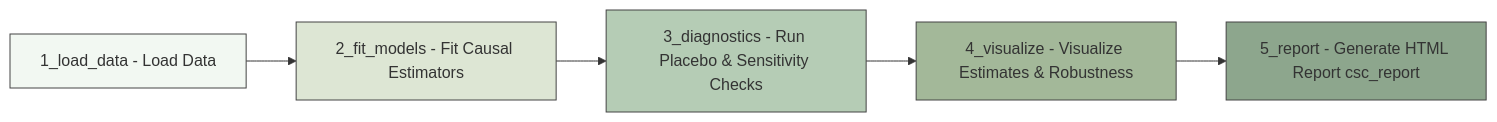
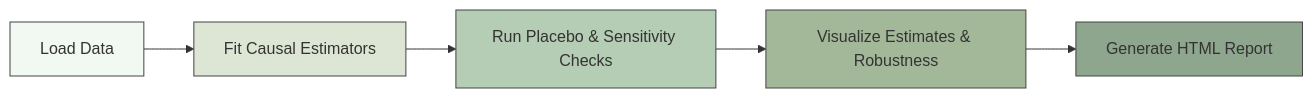
Before and after one commit to yryrena/causalSenseCheck: the diagram in README.md, drawn with Mermaid.

````diff
--- a/README.md
+++ b/README.md
@@ -14,13 +14,13 @@
 ```mermaid
-flowchart LR
-    A[1_load_data - Load Data] --> B[2_fit_models - Fit Causal Estimators]
-    B --> C[3_diagnostics - Run Placebo & Sensitivity Checks]
-    C --> D[4_visualize - Visualize Estimates & Robustness]
-    D --> E[5_report - Generate HTML Report csc_report]
+flowchart LR 
+    A[Load Data] --> B[Fit Causal Estimators]
+    B --> C[Run Placebo & Sensitivity Checks]
+    C --> D[Visualize Estimates & Robustness]
+    D --> E[Generate HTML Report]
 
     style A fill:#f2f8f2,stroke:#444,stroke-width:1px
     style B fill:#dde6d4,stroke:#444,stroke-width:1px
     style C fill:#b5ccb5,stroke:#444,stroke-width:1px
     style D fill:#a3b899,stroke:#444,stroke-width:1px
     style E fill:#8da68d,stroke:#444,stroke-width:1px
 ```
````
